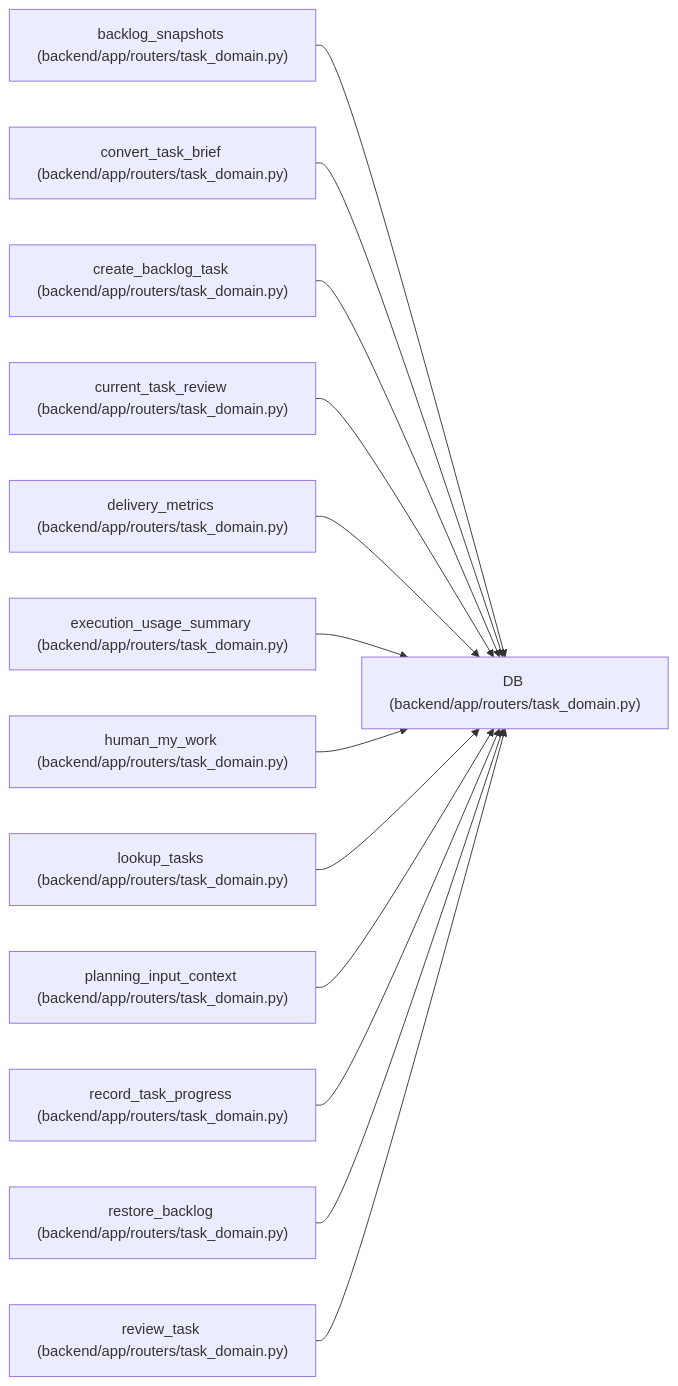
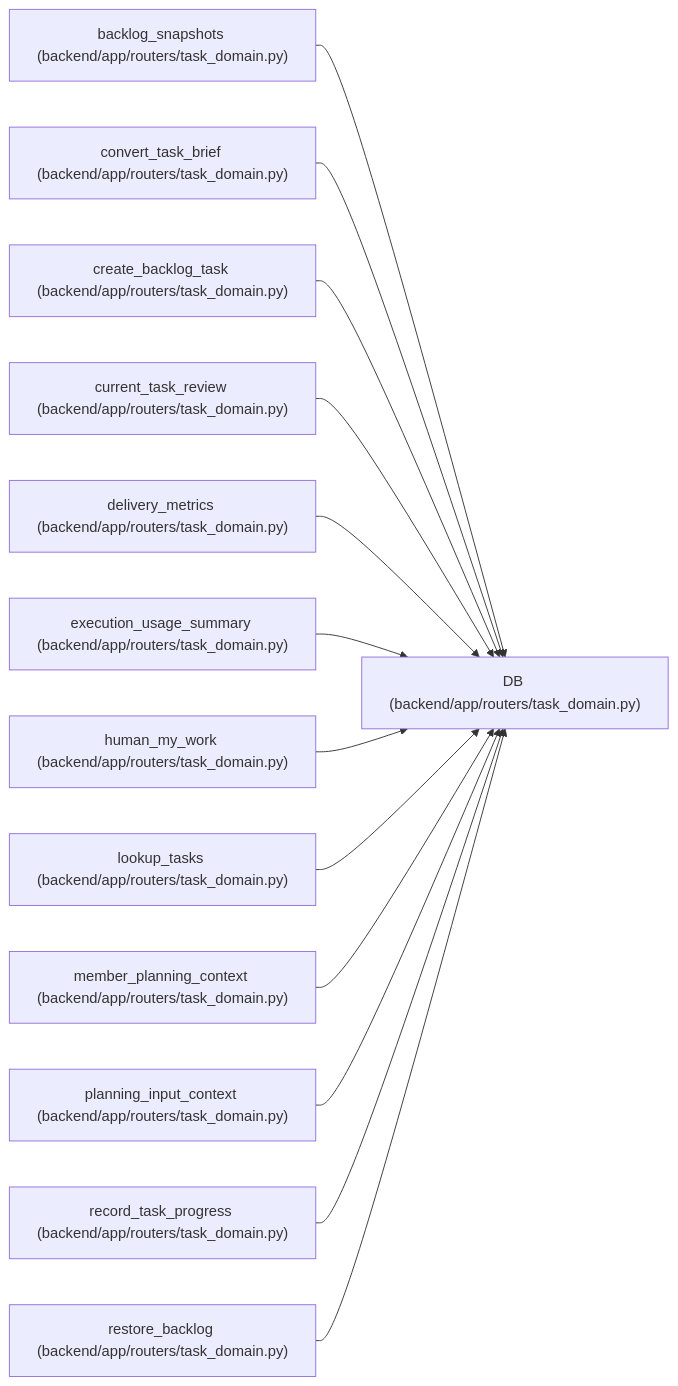
Before and after one commit to Denissvgn/WorkChord: the diagram in docs/llm_wiki/entities/routers_task_domain_DB.md, drawn with Mermaid. The commit also changed other lines of this file and 555 other files, not shown here.

````diff
--- a/docs/llm_wiki/entities/routers_task_domain_DB.md
+++ b/docs/llm_wiki/entities/routers_task_domain_DB.md
@@ -24,41 +24,41 @@
 ```mermaid
 flowchart LR
     n0["DB (backend/app/routers/task_domain.py)"]
     n1["backlog_snapshots (backend/app/routers/task_domain.py)"]
     n2["convert_task_brief (backend/app/routers/task_domain.py)"]
     n3["create_backlog_task (backend/app/routers/task_domain.py)"]
     n4["current_task_review (backend/app/routers/task_domain.py)"]
     n5["delivery_metrics (backend/app/routers/task_domain.py)"]
     n6["execution_usage_summary (backend/app/routers/task_domain.py)"]
     n7["human_my_work (backend/app/routers/task_domain.py)"]
     n8["lookup_tasks (backend/app/routers/task_domain.py)"]
-    n9["planning_input_context (backend/app/routers/task_domain.py)"]
-    n10["record_task_progress (backend/app/routers/task_domain.py)"]
-    n11["restore_backlog (backend/app/routers/task_domain.py)"]
-    n12["review_task (backend/app/routers/task_domain.py)"]
+    n9["member_planning_context (backend/app/routers/task_domain.py)"]
+    n10["planning_input_context (backend/app/routers/task_domain.py)"]
+    n11["record_task_progress (backend/app/routers/task_domain.py)"]
+    n12["restore_backlog (backend/app/routers/task_domain.py)"]
     n1 --> n0
     n2 --> n0
     n3 --> n0
     n4 --> n0
     n5 --> n0
     n6 --> n0
     n7 --> n0
     n8 --> n0
     n9 --> n0
     n10 --> n0
     n11 --> n0
     n12 --> n0
     click n0 "../modules/routers_task_domain.md"
     click n1 "../modules/routers_task_domain.md"
     click n2 "../modules/routers_task_domain.md"
     click n3 "../modules/routers_task_domain.md"
     click n4 "../modules/routers_task_domain.md"
     click n5 "../modules/routers_task_domain.md"
     click n6 "../modules/routers_task_domain.md"
     click n7 "../modules/routers_task_domain.md"
     click n8 "../modules/routers_task_domain.md"
     click n9 "../modules/routers_task_domain.md"
     click n10 "../modules/routers_task_domain.md"
     click n11 "../modules/routers_task_domain.md"
     click n12 "../modules/routers_task_domain.md"
 ```
````
